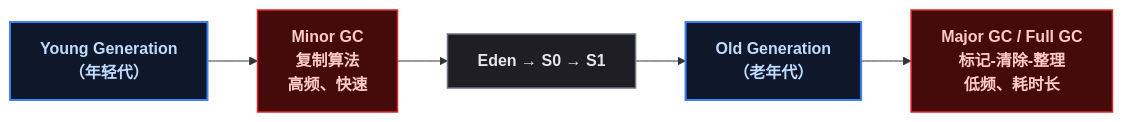
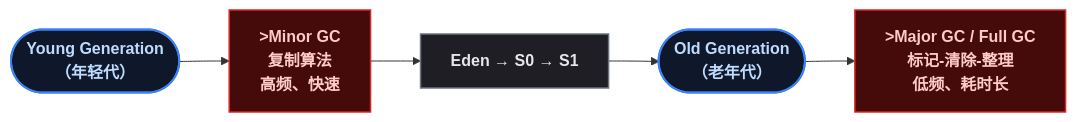
One commit to yaocat55/yaocat55.github.io changed the sixth of 8 diagrams in content/posts/go/GoRuntimeJVM.md. Above: the diagram before and after it, drawn with Mermaid. The commit also changed other lines of this file and 14 other files, not shown here.

````diff
--- a/content/posts/go/GoRuntimeJVM.md
+++ b/content/posts/go/GoRuntimeJVM.md
@@ -226,15 +226,15 @@
 ```mermaid
 flowchart LR
-    Young["Young Generation\n（年轻代）"] --> Minor["Minor GC\n复制算法\n高频、快速"]
+    Young(["Young Generation\n（年轻代）"]) --> Minor[">Minor GC\n复制算法\n高频、快速"]
     Minor --> Eden["Eden → S0 → S1"]
-    Eden --> Old["Old Generation\n（老年代）"]
-    Old --> Major["Major GC / Full GC\n标记-清除-整理\n低频、耗时长"]
+    Eden --> Old(["Old Generation\n（老年代）"])
+    Old --> Major[">Major GC / Full GC\n标记-清除-整理\n低频、耗时长"]
 
 classDef root fill:#0f172a,stroke:#3b82f6,stroke-width:2px,color:#bfdbfe,font-weight:bold;
 classDef process fill:#1e1e24,stroke:#6b7280,stroke-width:1.5px,color:#e5e7eb;
 classDef stw fill:#450a0a,stroke:#dc2626,stroke-width:1.5px,color:#fecaca,font-weight:bold;
 
     class Young,Old root
     class Eden process
     class Minor,Major stw
 ```
````
